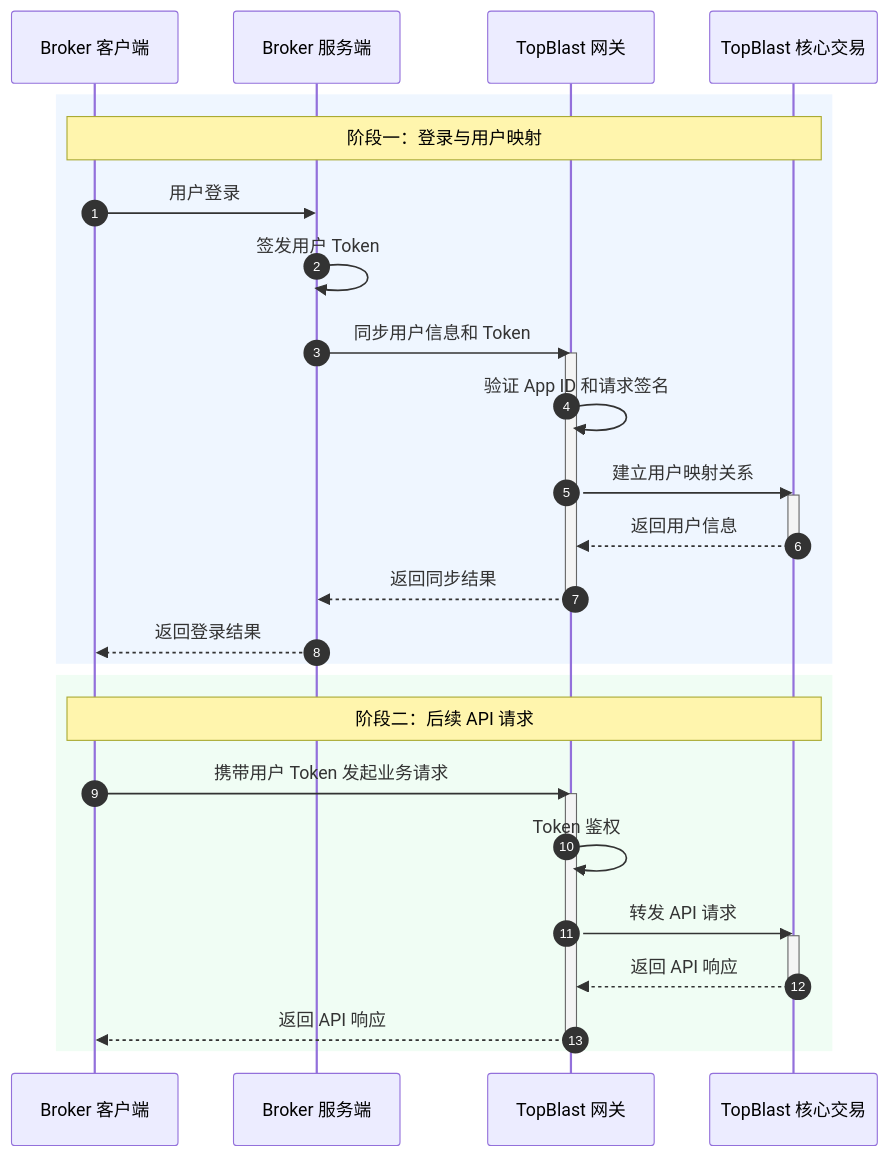
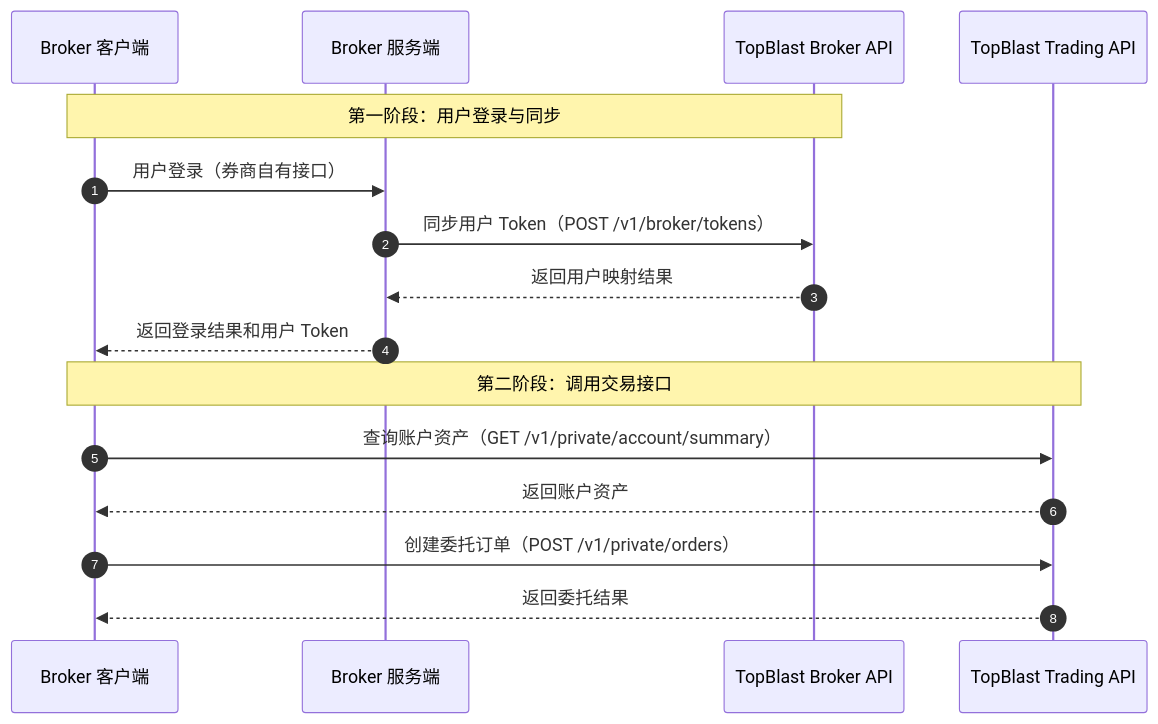
One commit to topblast-trade/docs changed the first of 2 diagrams in cn/broker/guide/integration-flow.mdx. Above: the diagram before and after it, drawn with Mermaid. The commit also changed other lines of this file and 10 other files, not shown here.

Commit message:
docs: refine integration flows and navigation

````diff
--- a/cn/broker/guide/integration-flow.mdx
+++ b/cn/broker/guide/integration-flow.mdx
@@ -14,40 +12,20 @@
 ```mermaid
 sequenceDiagram
     autonumber
 
     participant BrokerClient as Broker 客户端
     participant BrokerServer as Broker 服务端
-    participant Gateway as TopBlast 网关
-    participant Core as TopBlast 核心交易
+    participant BrokerAPI as TopBlast Broker API
+    participant TradingAPI as TopBlast Trading API
 
-    rect rgb(239, 246, 255)
-        Note over BrokerClient,Core: 阶段一：登录与用户映射
-
-        BrokerClient->>BrokerServer: 用户登录
-        BrokerServer->>BrokerServer: 签发用户 Token
-        BrokerServer->>Gateway: 同步用户信息和 Token
-        activate Gateway
-        Gateway->>Gateway: 验证 App ID 和请求签名
-        Gateway->>Core: 建立用户映射关系
-        activate Core
-        Core-->>Gateway: 返回用户信息
-        deactivate Core
-        Gateway-->>BrokerServer: 返回同步结果
-        deactivate Gateway
-        BrokerServer-->>BrokerClient: 返回登录结果
-    end
-
-    rect rgb(240, 253, 244)
-        Note over BrokerClient,Core: 阶段二：后续 API 请求
-
-        BrokerClient->>Gateway: 携带用户 Token 发起业务请求
-        activate Gateway
-        Gateway->>Gateway: Token 鉴权
-        Gateway->>Core: 转发 API 请求
-        activate Core
-        Core-->>Gateway: 返回 API 响应
-        deactivate Core
-        Gateway-->>BrokerClient: 返回 API 响应
-        deactivate Gateway
-    end
+    Note over BrokerClient,BrokerAPI: 第一阶段：用户登录与同步
+    BrokerClient->>BrokerServer: 用户登录（券商自有接口）
+    BrokerServer->>BrokerAPI: 同步用户 Token（POST /v1/broker/tokens）
+    BrokerAPI-->>BrokerServer: 返回用户映射结果
+    BrokerServer-->>BrokerClient: 返回登录结果和用户 Token
+    Note over BrokerClient,TradingAPI: 第二阶段：调用交易接口
+    BrokerClient->>TradingAPI: 查询账户资产（GET /v1/private/account/summary）
+    TradingAPI-->>BrokerClient: 返回账户资产
+    BrokerClient->>TradingAPI: 创建委托订单（POST /v1/private/orders）
+    TradingAPI-->>BrokerClient: 返回委托结果
 ```
````
